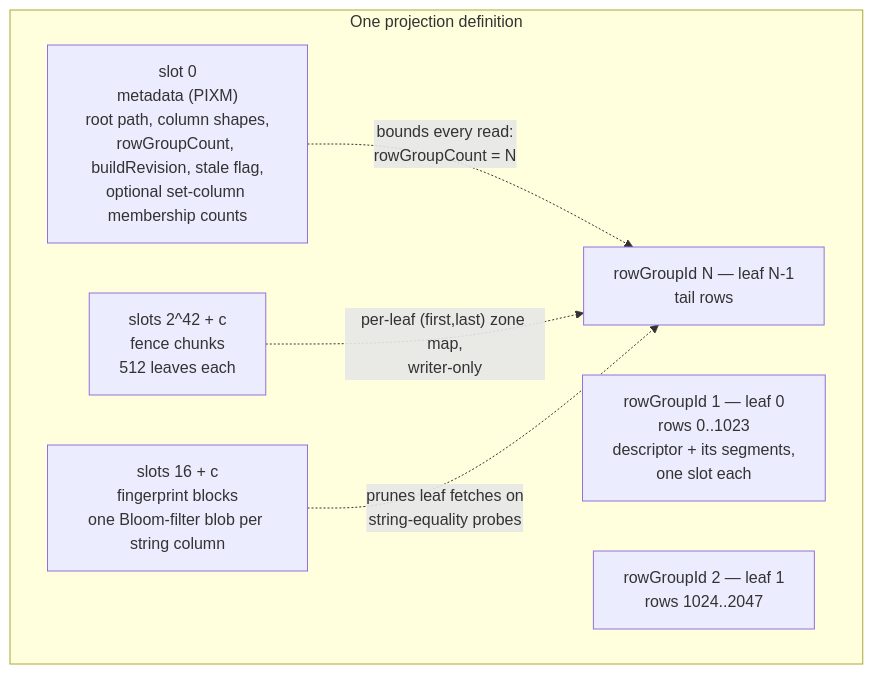
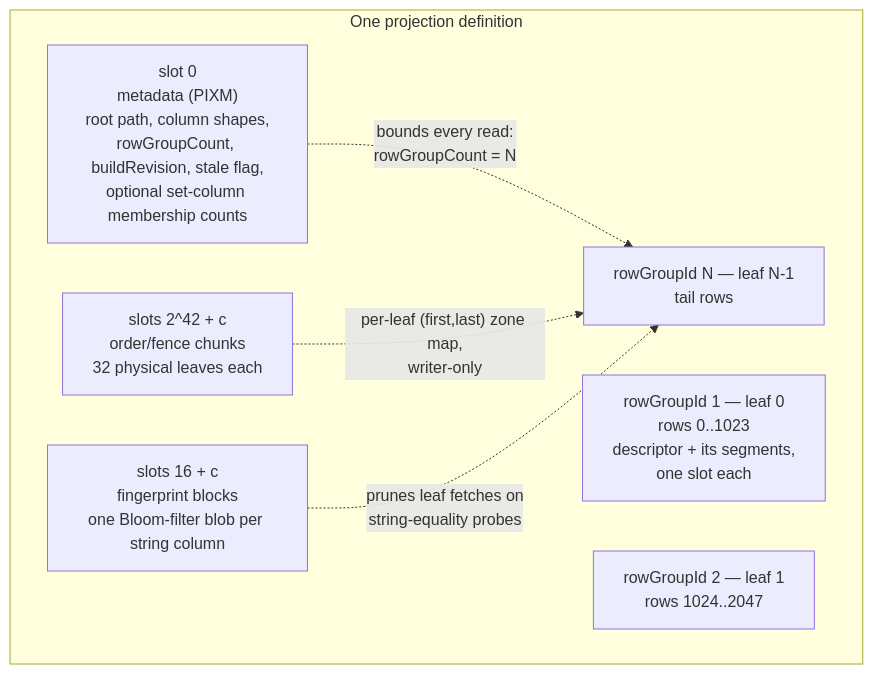
Before and after one commit to sirixdb/sirix: the second of 15 diagrams in docs/PROJECTION_INDEX_DEEP_DIVE.md, drawn with Mermaid. The commit also changed other lines of this file and 141 other files, not shown here.

````diff
--- a/docs/PROJECTION_INDEX_DEEP_DIVE.md
+++ b/docs/PROJECTION_INDEX_DEEP_DIVE.md
@@ -159,14 +166,14 @@
 ```mermaid
 flowchart TB
     subgraph store["One projection definition"]
         M["slot 0<br/>metadata (PIXM)<br/>root path, column shapes,<br/>rowGroupCount, buildRevision, stale flag,<br/>optional set-column membership counts"]
         L1["rowGroupId 1 — leaf 0<br/>rows 0..1023<br/>descriptor + its segments,<br/>one slot each"]
         L2["rowGroupId 2 — leaf 1<br/>rows 1024..2047"]
         LN["rowGroupId N — leaf N-1<br/>tail rows"]
-        F["slots 2^42 + c<br/>fence chunks<br/>512 leaves each"]
+        F["slots 2^42 + c<br/>order/fence chunks<br/>32 physical leaves each"]
         B["slots 16 + c<br/>fingerprint blocks<br/>one Bloom-filter blob per string column"]
     end
     M -.->|"bounds every read:<br/>rowGroupCount = N"| LN
     F -.->|"per-leaf (first,last) zone map,<br/>writer-only"| LN
     B -.->|"prunes leaf fetches on<br/>string-equality probes"| LN
 ```
````
